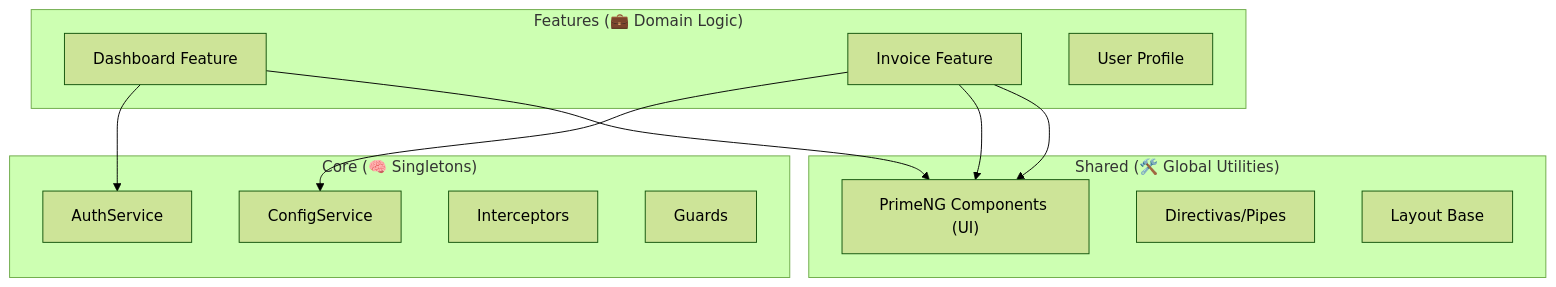
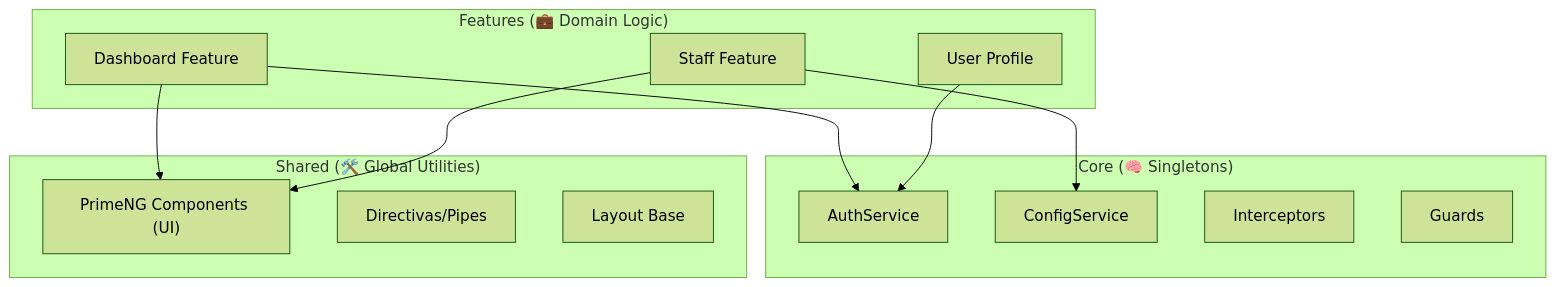
One commit to henrytaby/uyuni-frontend-ng changed the first of 3 diagrams in docs/ARCHITECTURE.md. Above: the diagram before and after it, drawn with Mermaid (forest theme). The commit also changed other lines of this file and 13 other files, not shown here.

Commit message:
refactor: update repository paths, project documentation, and architecture specifications to align with latest structural changes

````diff
--- a/docs/ARCHITECTURE.md
+++ b/docs/ARCHITECTURE.md
@@ -17,27 +17,27 @@
 ```mermaid
 graph TD
     subgraph "Core (🧠 Singletons)"
         AuthService
         ConfigService
         Interceptors
         Guards
     end
 
     subgraph "Shared (🛠️ Global Utilities)"
         UIComponents["PrimeNG Components (UI)"]
         Directives[Directivas/Pipes]
         Layouts[Layout Base]
     end
 
     subgraph "Features (💼 Domain Logic)"
         FeatureA[Dashboard Feature]
-        FeatureB[Invoice Feature]
+        FeatureB[Staff Feature]
         FeatureC[User Profile]
     end
 
     FeatureA --> AuthService
     FeatureA --> UIComponents
     FeatureB --> ConfigService
     FeatureB --> UIComponents
-    FeatureB --> UIComponents
+    FeatureC --> AuthService
 ```
````
